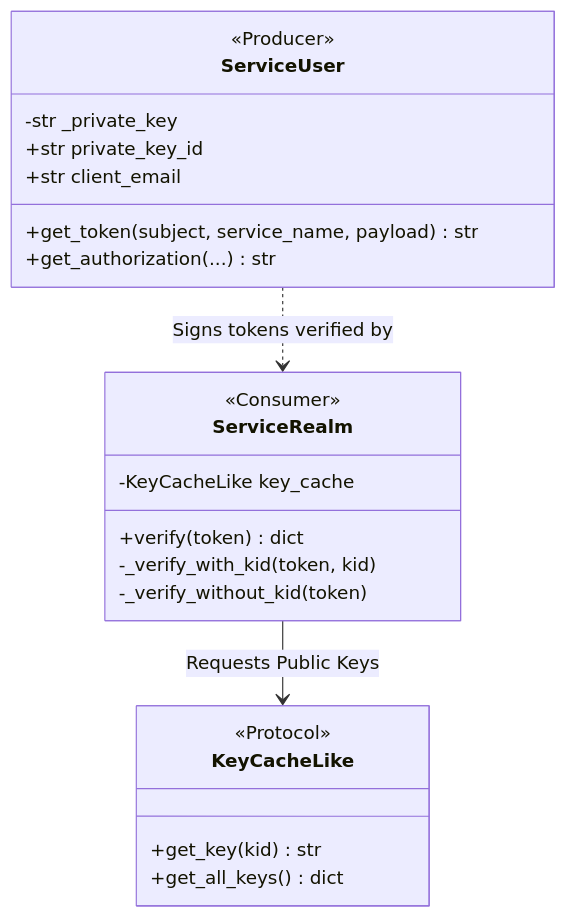
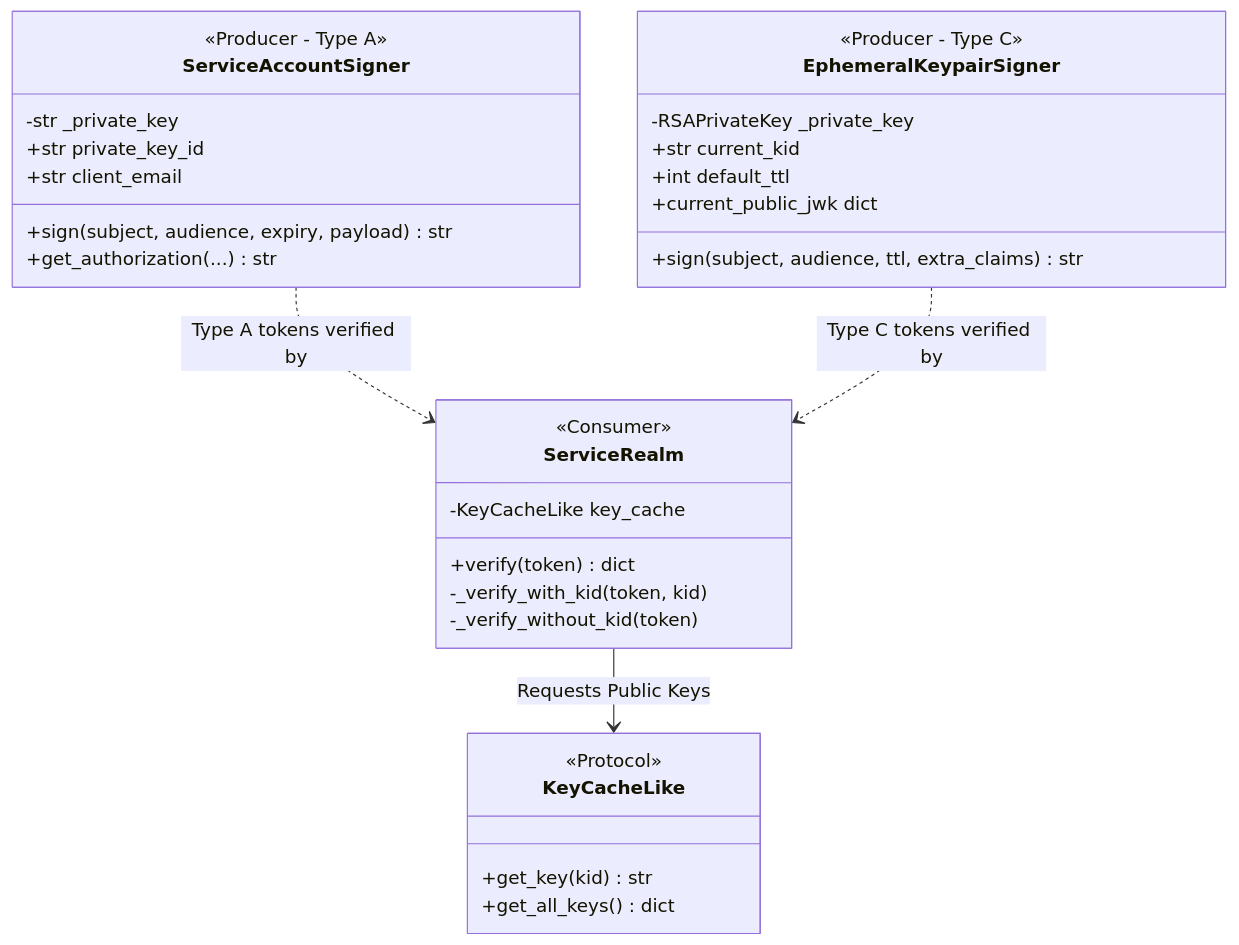
The first of 2 diagrams in learning/04-service-to-service-auth.md (NicholasGrundl/dockmaster), drawn with Mermaid before and after one commit. The commit also changed other lines of this file and 13 other files, not shown here.

````diff
--- a/learning/04-service-to-service-auth.md
+++ b/learning/04-service-to-service-auth.md
@@ -18,28 +21,38 @@
 ```mermaid
 classDiagram
-    class ServiceUser {
-        <<Producer>>
+    class ServiceAccountSigner {
+        <<Producer - Type A>>
         -str _private_key
         +str private_key_id
         +str client_email
-        +get_token(subject, service_name, payload) str
+        +sign(subject, audience, expiry, payload) str
         +get_authorization(...) str
     }
-    
+
+    class EphemeralKeypairSigner {
+        <<Producer - Type C>>
+        -RSAPrivateKey _private_key
+        +str current_kid
+        +int default_ttl
+        +sign(subject, audience, ttl, extra_claims) str
+        +current_public_jwk dict
+    }
+
     class ServiceRealm {
         <<Consumer>>
         -KeyCacheLike key_cache
         +verify(token) dict
         -_verify_with_kid(token, kid)
         -_verify_without_kid(token)
     }
-    
+
     class KeyCacheLike {
         <<Protocol>>
         +get_key(kid) str
         +get_all_keys() dict
     }
-    
+
     ServiceRealm --> KeyCacheLike : Requests Public Keys
-    ServiceUser ..> ServiceRealm : Signs tokens verified by
+    ServiceAccountSigner ..> ServiceRealm : Type A tokens verified by
+    EphemeralKeypairSigner ..> ServiceRealm : Type C tokens verified by
 ```
````
